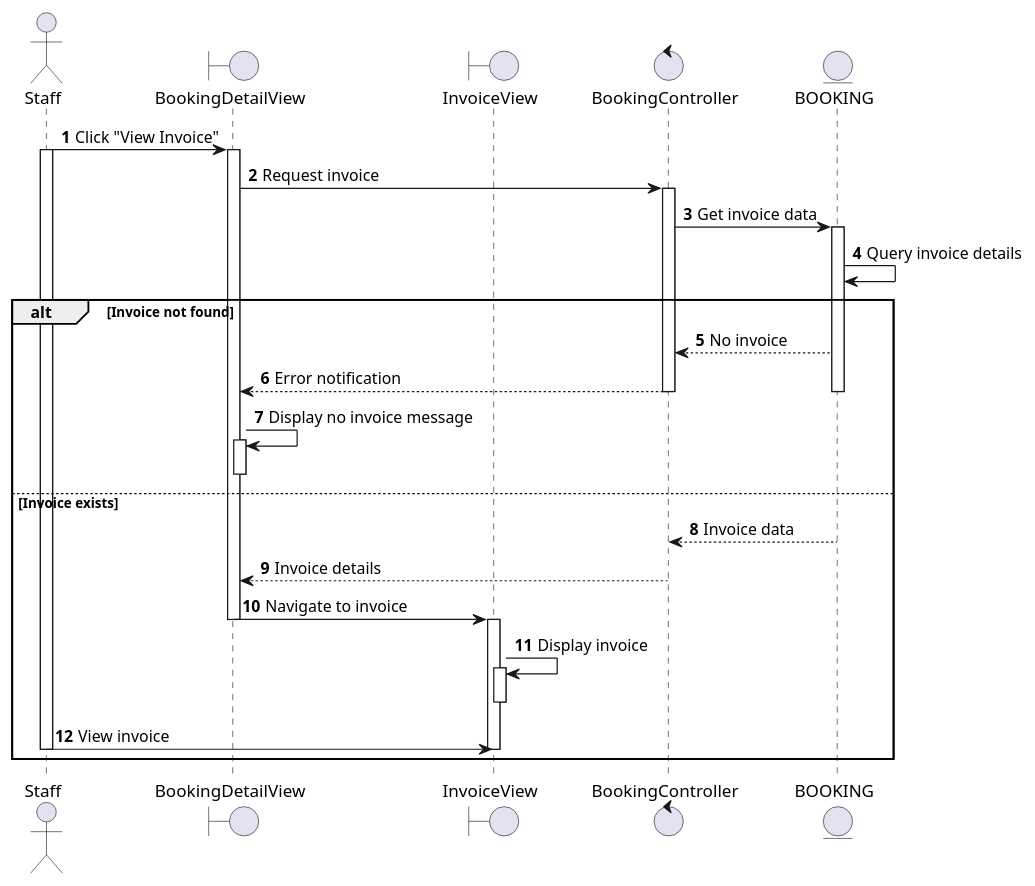
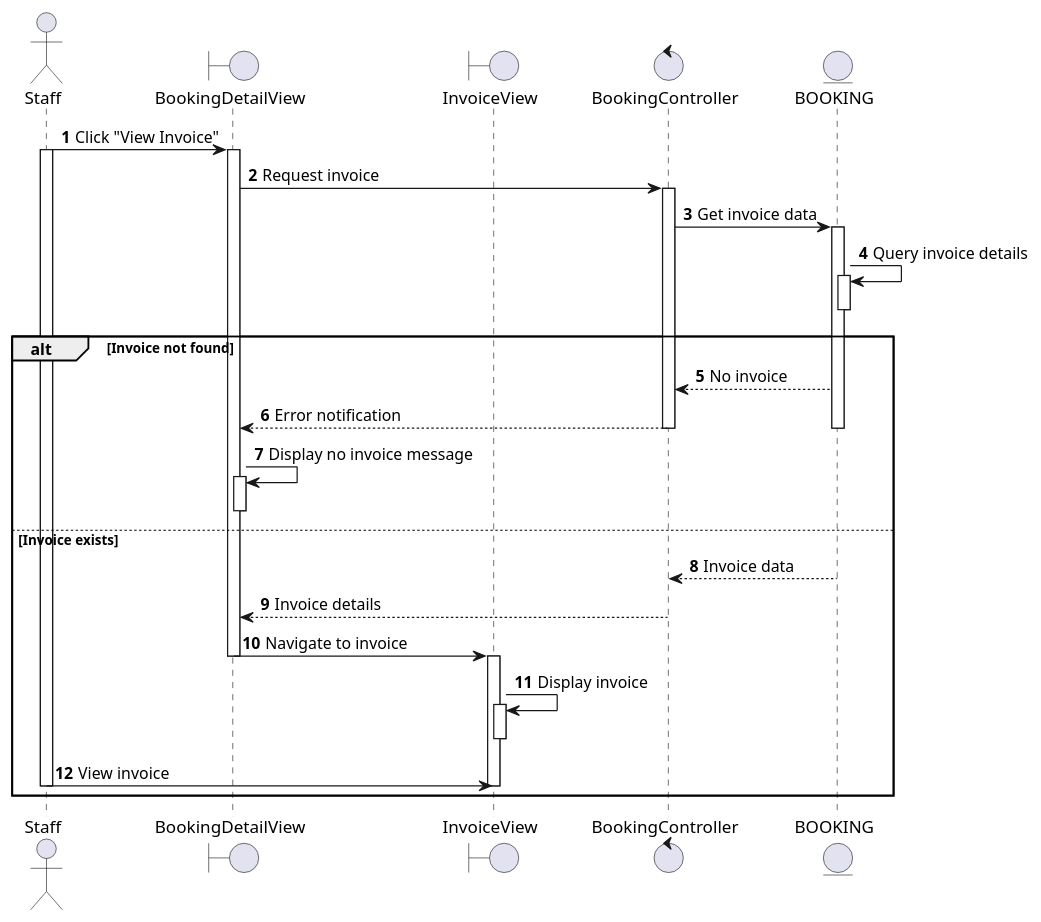
The diagram in docs/docs/sequence/adjust-and-track-bookings/view-booking's-invoice.md (se113-wm/se113-wm.github.io), drawn with PlantUML before and after one commit. The commit also changed 37 other files, not shown here.

First line of the commit message:
Refactor sequence diagrams for booking and trip management

````diff
--- a/docs/docs/sequence/adjust-and-track-bookings/view-booking's-invoice.md
+++ b/docs/docs/sequence/adjust-and-track-bookings/view-booking's-invoice.md
@@ -3,45 +3,48 @@
 ```plantuml
 @startuml
 autonumber
 
 actor Staff as S
 boundary BookingDetailView as BDV
 boundary InvoiceView as IV
 control BookingController as BC
 entity BOOKING as B
 
 S -> BDV: Click "View Invoice"
 activate S
 activate BDV
 BDV -> BC: Request invoice
 activate BC
 BC -> B: Get invoice data
 activate B
 B -> B: Query invoice details
+activate B
+deactivate B
+
 
 alt Invoice not found
   BC <-- B: No invoice
   BDV <-- BC: Error notification
   deactivate BC
   deactivate B
   BDV -> BDV: Display no invoice message
   activate BDV
   deactivate BDV
 else Invoice exists
   BC <-- B: Invoice data
   deactivate B
   BDV <-- BC: Invoice details
   deactivate BC
   BDV -> IV: Navigate to invoice
   deactivate BDV
   activate IV
   IV -> IV: Display invoice
   activate IV
   deactivate IV
   S -> IV: View invoice
   deactivate S
   deactivate IV
 end
 
 @enduml
 ```
````
